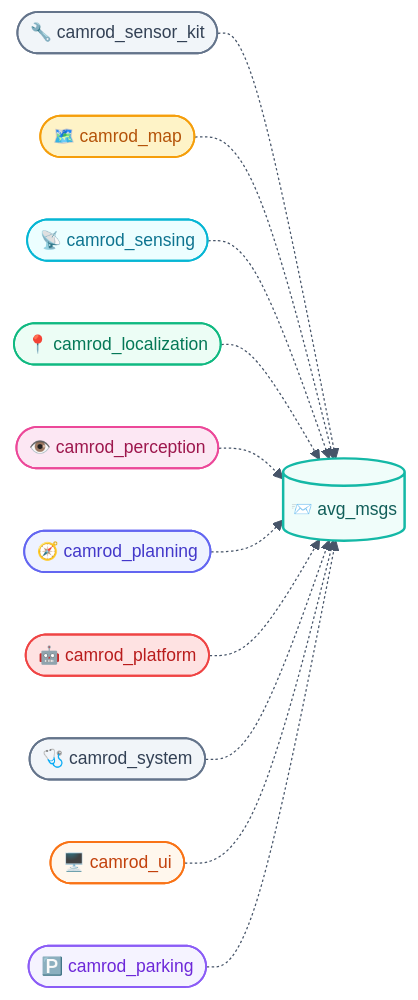
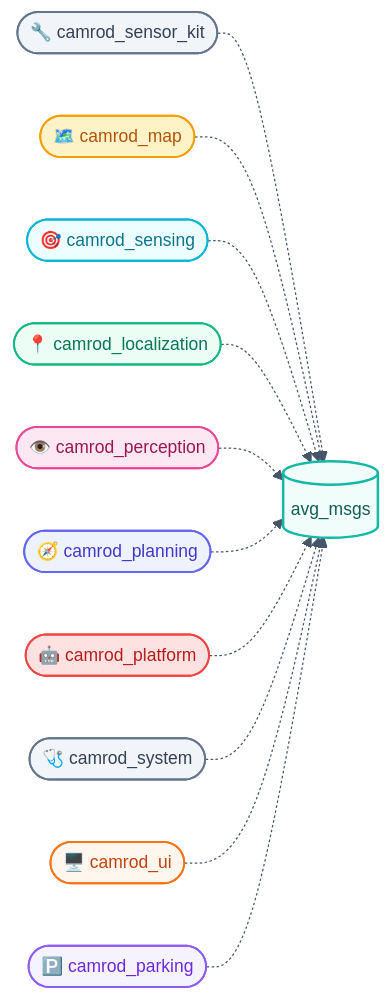
One commit to hwanhonglee/CAMROD changed the second of 2 diagrams in camrod_common/avg_msgs/README.md. Above: the diagram before and after it, drawn with Mermaid. The commit also changed other lines of this file and 11 other files, not shown here.

First line of the commit message:
docs: fix Mermaid syntax errors and reduce emoji overuse in all READMEs

````diff
--- a/camrod_common/avg_msgs/README.md
+++ b/camrod_common/avg_msgs/README.md
@@ -87,27 +87,27 @@
 ```mermaid
 %%{init: {'theme': 'base', 'themeVariables': {'fontFamily': 'ui-sans-serif, system-ui, sans-serif', 'fontSize': '14px', 'primaryColor': '#F0FDFA', 'primaryTextColor': '#0F172A', 'primaryBorderColor': '#14B8A6', 'lineColor': '#475569'}, 'flowchart': {'curve': 'basis', 'htmlLabels': true, 'padding': 12}}}%%
 graph LR
   SKIT([🔧 camrod_sensor_kit]):::system       -.-> AVG
   MAP([🗺️ camrod_map]):::mapping              -.-> AVG
-  SENS([📡 camrod_sensing]):::sensing         -.-> AVG
+  SENS([🎯 camrod_sensing]):::sensing         -.-> AVG
   LOC([📍 camrod_localization]):::localization -.-> AVG
   PER([👁️ camrod_perception]):::perception   -.-> AVG
   PLAN([🧭 camrod_planning]):::planning       -.-> AVG
   PLAT([🤖 camrod_platform]):::platform       -.-> AVG
   SYS([🩺 camrod_system]):::system            -.-> AVG
   UI([🖥️ camrod_ui]):::ui                    -.-> AVG
   PARK([🅿️ camrod_parking]):::parking        -.-> AVG
 
-  AVG[(📨 avg_msgs)]:::iface
+  AVG[(avg_msgs)]:::iface
 
   classDef iface        fill:#F0FDFA,stroke:#14B8A6,stroke-width:2px,color:#115E59;
   classDef sensing      fill:#ECFEFF,stroke:#06B6D4,stroke-width:1.5px,color:#0E7490;
   classDef localization fill:#ECFDF5,stroke:#10B981,stroke-width:1.5px,color:#047857;
   classDef mapping      fill:#FEF3C7,stroke:#F59E0B,stroke-width:1.5px,color:#B45309;
   classDef perception   fill:#FCE7F3,stroke:#EC4899,stroke-width:1.5px,color:#9D174D;
   classDef planning     fill:#EEF2FF,stroke:#6366F1,stroke-width:1.5px,color:#4338CA;
   classDef platform     fill:#FEE2E2,stroke:#EF4444,stroke-width:1.5px,color:#B91C1C;
   classDef parking      fill:#F5F3FF,stroke:#8B5CF6,stroke-width:1.5px,color:#6D28D9;
   classDef system       fill:#F1F5F9,stroke:#64748B,stroke-width:1.5px,color:#334155;
   classDef ui           fill:#FFF7ED,stroke:#F97316,stroke-width:1.5px,color:#C2410C;
 ```
````
